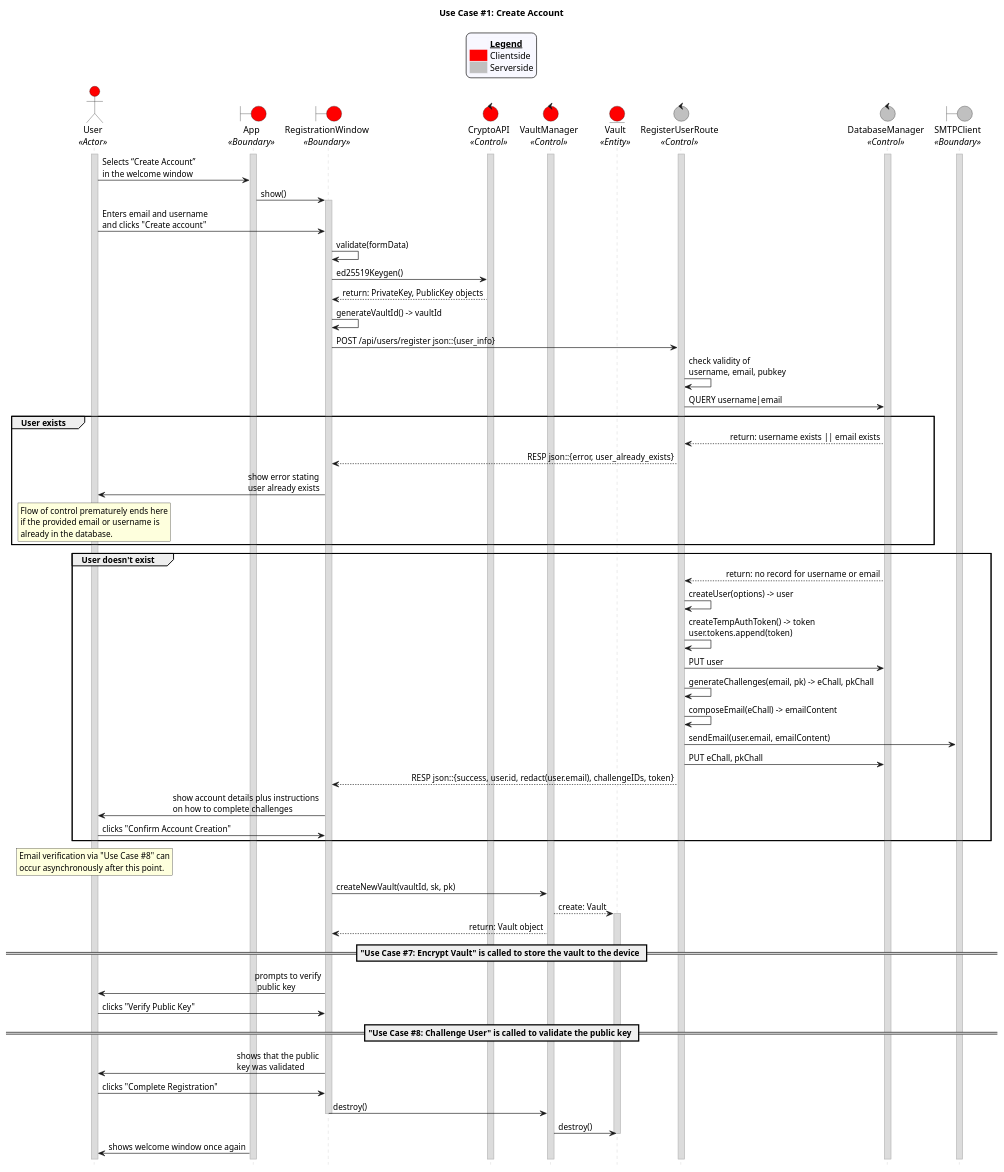
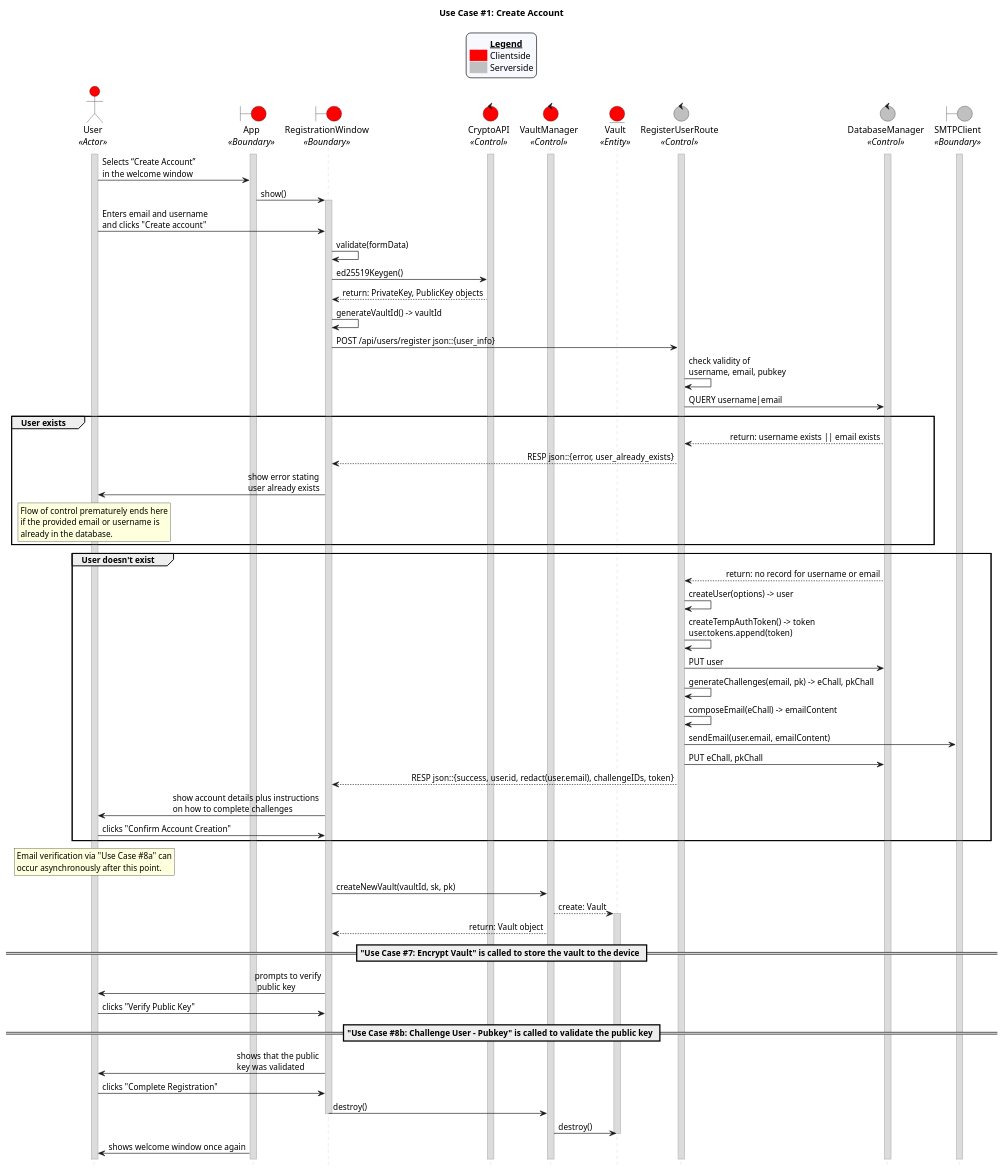
Before and after one commit to CECS-491-SP24-Group-1/seq-diagrams: the diagram in uc_01.puml, drawn with PlantUML.

Commit message:
Rename use cases in uc01

```diff
--- a/uc_01.puml
+++ b/uc_01.puml
@@ -1,131 +1,131 @@
 @startuml uc01
 title "Use Case #1: Create Account"
 
 
 'Styling goes here
 hide footbox
 skinparam stereotypePosition bottom
 skinparam sequenceMessageAlign direction
 skinparam sequence {
 	LifeLineBorderColor #Silver
 	LifeLineBackgroundColor #Gainsboro
 }
 
 'Add a legend plus styling
 skinparam legend {
 	backgroundColor #GhostWhite
 	entrySeparator #GhostWhite
 }
 
 legend top
 	<#GhostWhite,#GhostWhite>|	|= __Legend__ |
 	|<#red> | Clientside|
 	|<#silver> | Serverside|
 endlegend
 
 'Setup the objects involved here
 actor User as u <<Actor>> #red
 boundary App as a <<Boundary>> #red
 boundary RegistrationWindow as rw <<Boundary>> #red
 control CryptoAPI as ca <<Control>> #red
 control VaultManager as vm <<Control>> #red
 entity Vault as v <<Entity>> #red
 control RegisterUserRoute as rur <<Control>> #silver
 control DatabaseManager as db <<Control>> #silver
 boundary SMTPClient as sc <<Boundary>> #silver
 
 'Setup persistent objects here
 activate u 
 activate a
 activate ca
 activate vm
 activate rur
 activate db
 activate sc
 
 '--- FLOW OF CONTROL STARTS HERE ---
 'User selects “Create Account” on the front page.
 u -> a: Selects “Create Account” \nin the welcome window
 
 'System shows a form to create the account.
 a -> rw: show()
 activate rw
 
 'User enters email address, username. User clicks “Create Account” button.
 u -> rw: Enters email and username \nand clicks "Create account"
 rw -> rw: validate(formData)
 
 'User’s device generates a UUID for the user and vault, timestamp, crypto key pair, and an identifier for the vault.
 rw -> ca: ed25519Keygen()
 ca --> rw: return: PrivateKey, PublicKey objects
 rw -> rw: generateVaultId() -> vaultId
 
 'User’s device sends the UUID of the user, timestamp, and generated public key to the server. The private key stays on the device for security reasons (CRITICAL).
 rw -> rur: POST /api/users/register json::{user_info}
 
 'Server checks if the account already exists
 rur -> rur: check validity of \nusername, email, pubkey
 rur -> db: QUERY username|email
 
 group User exists
 	db --> rur: return: username exists || email exists
 	rur --> rw: RESP json::{error, user_already_exists}
 	rw -> u: show error stating \nuser already exists
 	rnote over u
 	Flow of control prematurely ends here
 	if the provided email or username is
 	already in the database.
 	endrnote
 end
 
 group User doesn't exist
 	'Server creates the user and issues a temporary access token
 	db --> rur: return: no record for username or email
 	rur -> rur: createUser(options) -> user
 	rur -> rur: createTempAuthToken() -> token \nuser.tokens.append(token)
 	rur -> db: PUT user
 	rur -> rur: generateChallenges(email, pk) -> eChall, pkChall
 
 	'Server sends an email to the user to confirm creation of the account.
 	rur -> rur: composeEmail(eChall) -> emailContent
 	rur -> sc: sendEmail(user.email, emailContent)
 	rur -> db: PUT eChall, pkChall
 
 	'Server sends the response back and it's confirmed.
 	rur --> rw: RESP json::{success, user.id, redact(user.email), challengeIDs, token}
 	rw -> u: show account details plus instructions \non how to complete challenges
 	u -> rw: clicks "Confirm Account Creation"
 end
 
 rnote over u
-Email verification via "Use Case #8" can
+Email verification via "Use Case #8a" can
 occur asynchronously after this point.
 endrnote
 
 'User’s device creates a vault with the details provided by the user and the data that was generated.
 rw -> vm: createNewVault(vaultId, sk, pk)
 vm --> v: create: Vault
 activate v
 vm --> rw: return: Vault object
 
 == "Use Case #7: Encrypt Vault" is called to store the vault to the device ==
 
 'User begins the challenge process
 rw -> u: prompts to verify\n public key
 u -> rw: clicks "Verify Public Key"
 
-== "Use Case #8: Challenge User" is called to validate the public key ==
+== "Use Case #8b: Challenge User - Pubkey" is called to validate the public key ==
 
 'In-app challenges are completed
 rw -> u: shows that the public \nkey was validated
 u -> rw: clicks "Complete Registration"
 rw -> vm: destroy()
 deactivate rw
 vm -> v: destroy()
 deactivate v
 
 'Cleanup
 a -> u: shows welcome window once again
 '--- FLOW OF CONTROL ENDS HERE   ---
 
 @enduml
```
